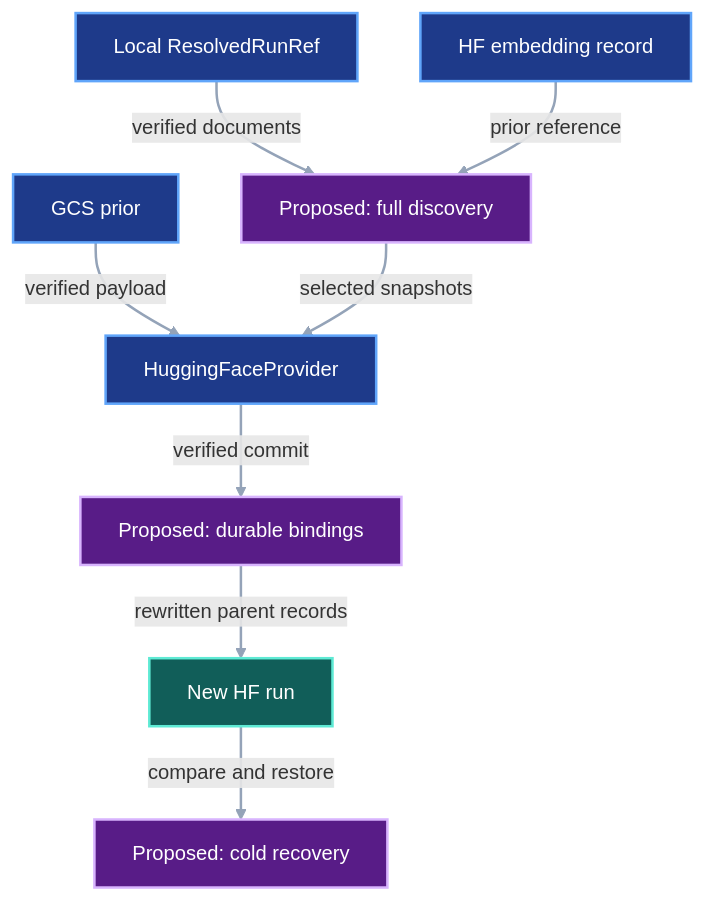
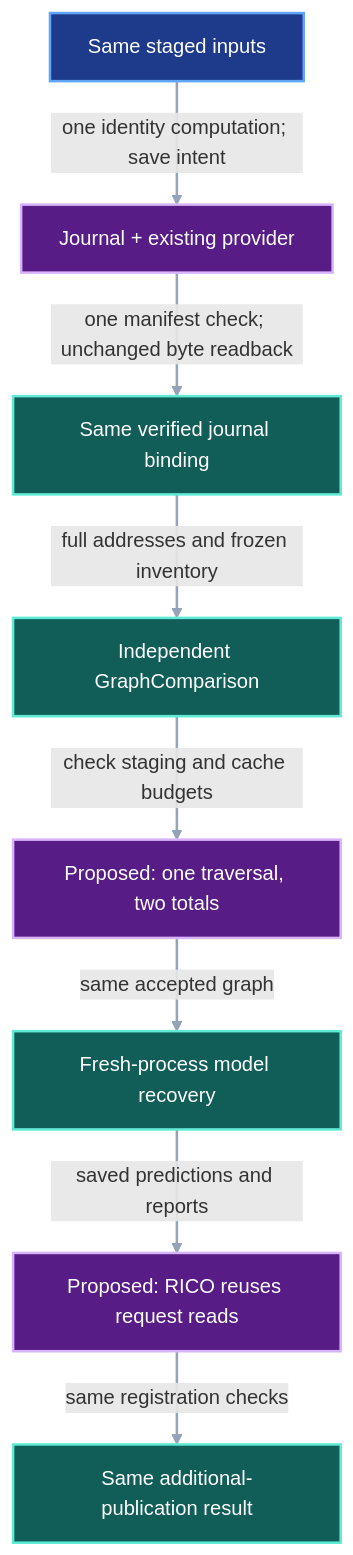
Before and after one commit to pvd232/viper: the third of 3 diagrams in contracts/run-graph-republication.md, drawn with Mermaid. The commit also changed other lines of this file and 26 other files, not shown here.

Commit message:
Record completed migration and plan publication work reuse

````diff
--- a/contracts/run-graph-republication.md
+++ b/contracts/run-graph-republication.md
@@ -307,17 +609,15 @@
 ```mermaid
-flowchart TB
-  R["Local ResolvedRunRef"] -->|"verified documents"| D["Proposed: full discovery"]
-  H["HF embedding record"] -->|"prior reference"| D
-  G["GCS prior"] -->|"verified payload"| P["HuggingFaceProvider"]
-  D -->|"selected snapshots"| P
-  P -->|"verified commit"| J["Proposed: durable bindings"]
-  J -->|"rewritten parent records"| O["New HF run"]
-  O -->|"compare and restore"| T["Proposed: cold recovery"]
-  classDef current fill:#1e3a8a,stroke:#60a5fa,color:#ffffff,stroke-width:2px
-  classDef proposed fill:#581c87,stroke:#d8b4fe,color:#ffffff,stroke-width:2px
-  classDef output fill:#115e59,stroke:#5eead4,color:#ffffff,stroke-width:2px
-  class R,H,G,P current
-  class D,J,T proposed
-  class O output
-  linkStyle default stroke:#94a3b8,stroke-width:2px
+flowchart TD
+    A["Same staged inputs"]:::current -->|"one identity computation; save intent"| B["Journal + existing provider"]:::proposed
+    B -->|"one manifest check; unchanged byte readback"| C["Same verified journal binding"]:::implementation
+    C -->|"full addresses and frozen inventory"| D["Independent GraphComparison"]:::implementation
+    D -->|"check staging and cache budgets"| E["Proposed: one traversal, two totals"]:::proposed
+    E -->|"same accepted graph"| F["Fresh-process model recovery"]:::implementation
+    F -->|"saved predictions and reports"| G["Proposed: RICO reuses request reads"]:::proposed
+    G -->|"same registration checks"| H["Same additional-publication result"]:::implementation
+    classDef current fill:#1e3a8a,stroke:#60a5fa,color:#ffffff,stroke-width:2px
+    classDef implementation fill:#115e59,stroke:#5eead4,color:#ffffff,stroke-width:2px
+    classDef gap fill:#7f1d1d,stroke:#fca5a5,color:#ffffff,stroke-width:2px
+    classDef proposed fill:#581c87,stroke:#d8b4fe,color:#ffffff,stroke-width:2px
+    linkStyle default stroke:#94a3b8,stroke-width:2px
 ```
````
